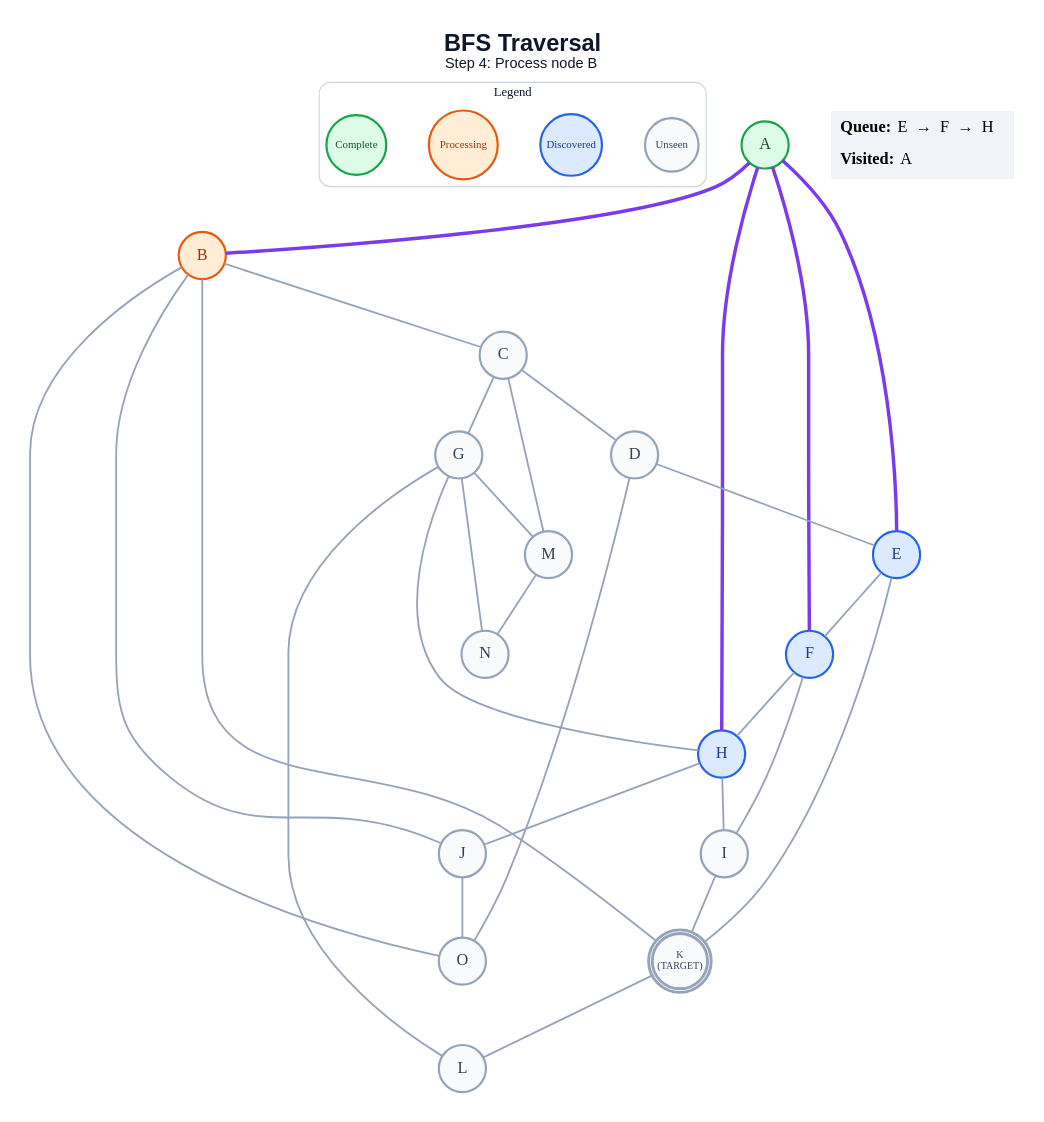
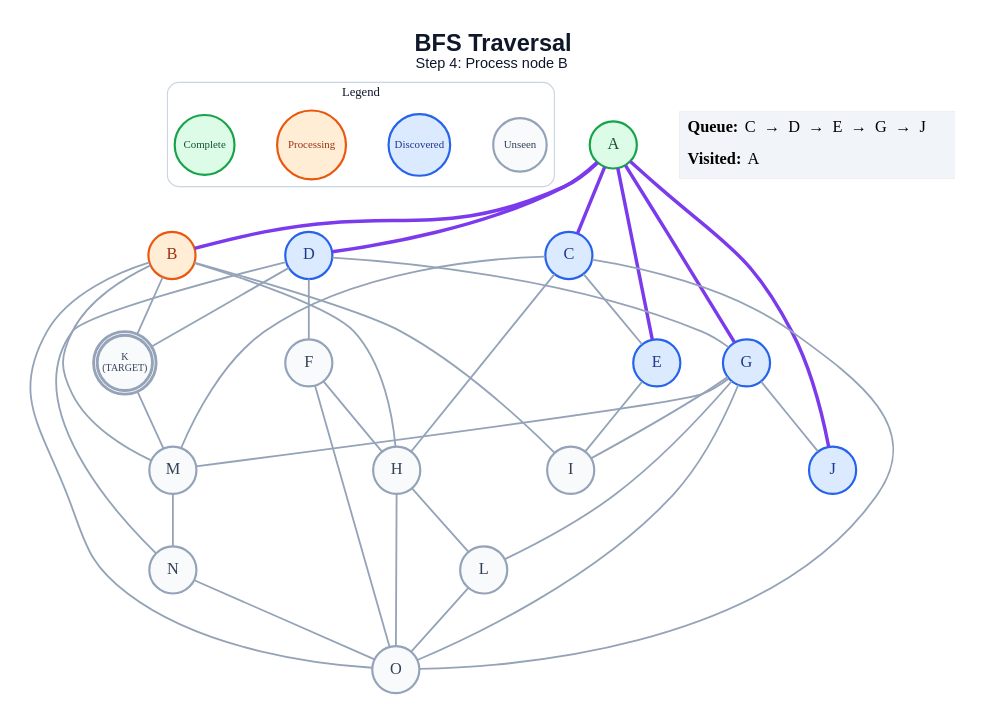
One commit to anon7238593-create/ai-slop changed the diagram in generated/short-circuit/bfs/step_04.dot. Above: the diagram before and after it, drawn with Graphviz. The commit also changed 209 other files, not shown here.

```diff
--- a/generated/short-circuit/bfs/step_04.dot
+++ b/generated/short-circuit/bfs/step_04.dot
@@ -1,61 +1,67 @@
 graph traversal {
   graph [layout=dot, rankdir=TB, bgcolor="#FFFFFF", pad="0.35", nodesep="0.65", ranksep="0.8", fontname="Arial"];
   node [shape=circle, style="filled", fontname="Arial Bold", fontsize=18, width=0.72, fixedsize=true, penwidth=2.4];
   edge [color="#94A3B8", penwidth=2.0];
   label=<<B>BFS Traversal</B><BR/><FONT POINT-SIZE="16">Step 4: Process node B</FONT>>; labelloc="t"; fontsize=26; fontname="Arial"; fontcolor="#0F172A";
   subgraph cluster_legend { label="Legend"; color="#CBD5E1"; penwidth=1.2; style="rounded"; fontsize=14; fontname="Arial Bold";
     key_unseen [label="Unseen", fillcolor="#F8FAFC", color="#94A3B8", fontcolor="#334155", fontsize=12, width=0.82];
     key_frontier [label="Discovered", fillcolor="#DBEAFE", color="#2563EB", fontcolor="#1E3A8A", fontsize=12, width=0.95];
     key_current [label="Processing", fillcolor="#FFEDD5", color="#EA580C", fontcolor="#9A3412", fontsize=12, width=1.05];
     key_done [label="Complete", fillcolor="#DCFCE7", color="#16A34A", fontcolor="#14532D", fontsize=12, width=0.92];
     { rank=same; key_unseen; key_frontier; key_current; key_done; }
   }
   A [label="A", fillcolor="#DCFCE7", color="#16A34A", fontcolor="#14532D", peripheries=1, penwidth=2.4];
   B [label="B", fillcolor="#FFEDD5", color="#EA580C", fontcolor="#9A3412", peripheries=1, penwidth=2.4];
-  C [label="C", fillcolor="#F8FAFC", color="#94A3B8", fontcolor="#334155", peripheries=1, penwidth=2.4];
-  D [label="D", fillcolor="#F8FAFC", color="#94A3B8", fontcolor="#334155", peripheries=1, penwidth=2.4];
+  C [label="C", fillcolor="#DBEAFE", color="#2563EB", fontcolor="#1E3A8A", peripheries=1, penwidth=2.4];
+  D [label="D", fillcolor="#DBEAFE", color="#2563EB", fontcolor="#1E3A8A", peripheries=1, penwidth=2.4];
   E [label="E", fillcolor="#DBEAFE", color="#2563EB", fontcolor="#1E3A8A", peripheries=1, penwidth=2.4];
-  F [label="F", fillcolor="#DBEAFE", color="#2563EB", fontcolor="#1E3A8A", peripheries=1, penwidth=2.4];
-  G [label="G", fillcolor="#F8FAFC", color="#94A3B8", fontcolor="#334155", peripheries=1, penwidth=2.4];
-  H [label="H", fillcolor="#DBEAFE", color="#2563EB", fontcolor="#1E3A8A", peripheries=1, penwidth=2.4];
+  F [label="F", fillcolor="#F8FAFC", color="#94A3B8", fontcolor="#334155", peripheries=1, penwidth=2.4];
+  G [label="G", fillcolor="#DBEAFE", color="#2563EB", fontcolor="#1E3A8A", peripheries=1, penwidth=2.4];
+  H [label="H", fillcolor="#F8FAFC", color="#94A3B8", fontcolor="#334155", peripheries=1, penwidth=2.4];
   I [label="I", fillcolor="#F8FAFC", color="#94A3B8", fontcolor="#334155", peripheries=1, penwidth=2.4];
-  J [label="J", fillcolor="#F8FAFC", color="#94A3B8", fontcolor="#334155", peripheries=1, penwidth=2.4];
+  J [label="J", fillcolor="#DBEAFE", color="#2563EB", fontcolor="#1E3A8A", peripheries=1, penwidth=2.4];
   K [label="K\n(TARGET)", fillcolor="#F8FAFC", color="#94A3B8", fontcolor="#334155", peripheries=2, penwidth=3.2, fontsize=11, width=0.85, height=0.85];
   L [label="L", fillcolor="#F8FAFC", color="#94A3B8", fontcolor="#334155", peripheries=1, penwidth=2.4];
   M [label="M", fillcolor="#F8FAFC", color="#94A3B8", fontcolor="#334155", peripheries=1, penwidth=2.4];
   N [label="N", fillcolor="#F8FAFC", color="#94A3B8", fontcolor="#334155", peripheries=1, penwidth=2.4];
   O [label="O", fillcolor="#F8FAFC", color="#94A3B8", fontcolor="#334155", peripheries=1, penwidth=2.4];
   A -- B [color="#7C3AED", penwidth=3.8];
+  A -- C [color="#7C3AED", penwidth=3.8];
+  A -- D [color="#7C3AED", penwidth=3.8];
   A -- E [color="#7C3AED", penwidth=3.8];
-  A -- F [color="#7C3AED", penwidth=3.8];
-  A -- H [color="#7C3AED", penwidth=3.8];
-  B -- C;
-  B -- J;
+  A -- G [color="#7C3AED", penwidth=3.8];
+  A -- J [color="#7C3AED", penwidth=3.8];
+  B -- H;
+  B -- I;
   B -- K;
+  B -- M;
   B -- O;
-  C -- D;
-  C -- G;
+  C -- E;
+  C -- H;
   C -- M;
-  D -- E;
-  D -- O;
-  E -- F;
-  E -- K;
+  C -- O;
+  D -- F;
+  D -- G;
+  D -- K;
+  D -- N;
+  E -- I;
   F -- H;
-  F -- I;
-  G -- H;
+  F -- O;
+  G -- I;
+  G -- J;
   G -- L;
   G -- M;
-  G -- N;
-  H -- I;
-  H -- J;
-  I -- K;
-  J -- O;
-  K -- L;
+  G -- O;
+  H -- L;
+  H -- O;
+  K -- M;
+  L -- O;
   M -- N;
+  N -- O;
   status [shape=plain, fixedsize=false, width=0, height=0, margin=0, label=<
     <TABLE BORDER="0" CELLBORDER="0" CELLPADDING="7" BGCOLOR="#F1F5F9">
-      <TR><TD ALIGN="LEFT"><B>Queue:</B> E  →  F  →  H</TD></TR>
+      <TR><TD ALIGN="LEFT"><B>Queue:</B> C  →  D  →  E  →  G  →  J</TD></TR>
       <TR><TD ALIGN="LEFT"><B>Visited:</B> A</TD></TR>
     </TABLE>
   >];
 }
```
